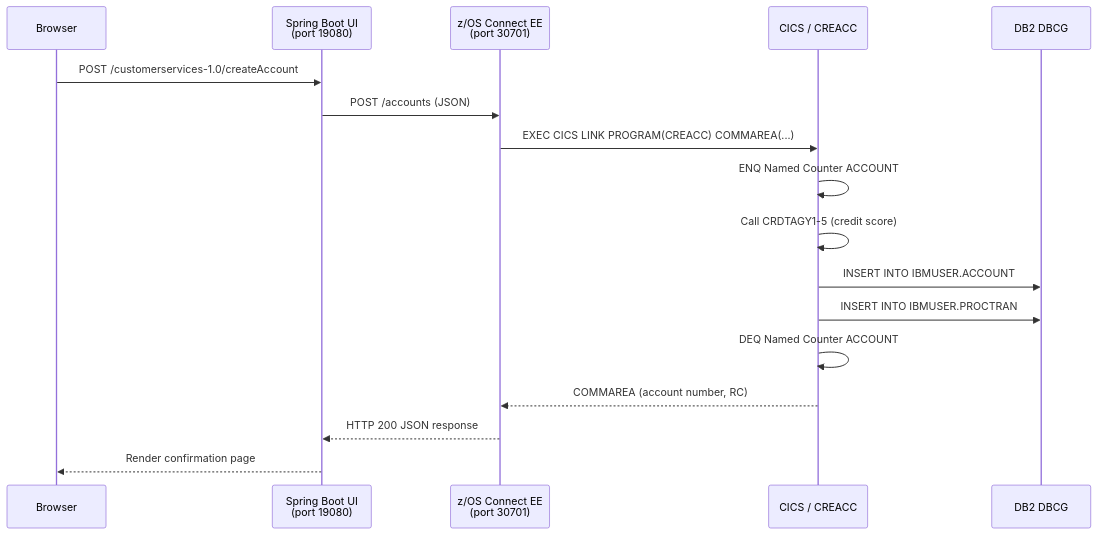
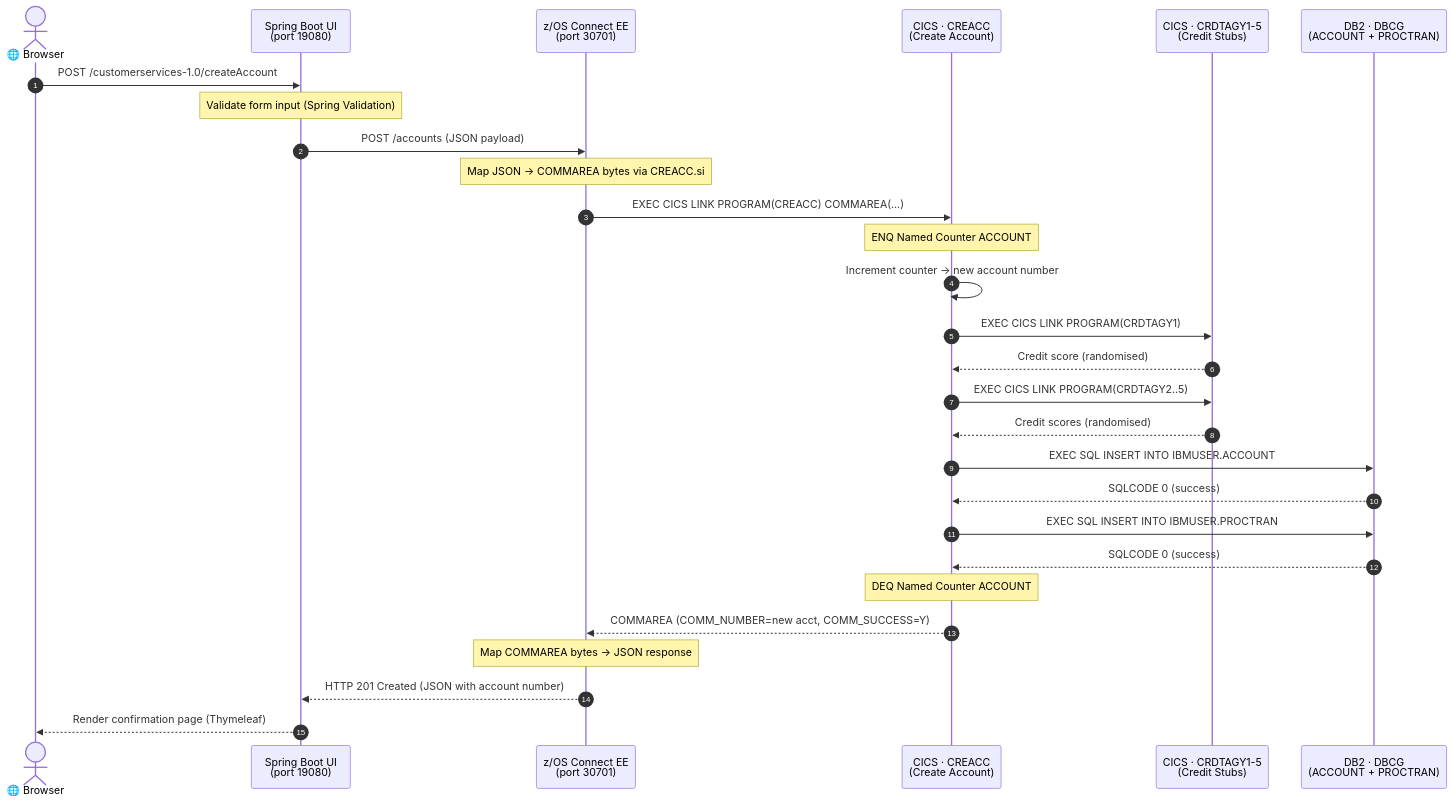
The first of 5 diagrams in docs/docs/architecture/data-flow.md (nestorsalcedo01/CICS-Bank-Sample-Application), drawn with Mermaid before and after one commit. The commit also changed other lines of this file and 13 other files, not shown here.

````diff
--- a/docs/docs/architecture/data-flow.md
+++ b/docs/docs/architecture/data-flow.md
@@ -10,20 +12,39 @@
 ```mermaid
 sequenceDiagram
-    participant Browser
-    participant SpringBoot as Spring Boot UI<br/>(port 19080)
-    participant ZOSConnect as z/OS Connect EE<br/>(port 30701)
-    participant CICS as CICS / CREACC
-    participant DB2 as DB2 DBCG
+    autonumber
+    actor User as 🌐 Browser
+    participant UI as Spring Boot UI<br/>(port 19080)
+    participant ZC as z/OS Connect EE<br/>(port 30701)
+    participant CREACC as CICS · CREACC<br/>(Create Account)
+    participant CRDT as CICS · CRDTAGY1-5<br/>(Credit Stubs)
+    participant DB2 as DB2 · DBCG<br/>(ACCOUNT + PROCTRAN)
 
-    Browser->>SpringBoot: POST /customerservices-1.0/createAccount
-    SpringBoot->>ZOSConnect: POST /accounts (JSON)
-    ZOSConnect->>CICS: EXEC CICS LINK PROGRAM(CREACC) COMMAREA(...)
-    CICS->>CICS: ENQ Named Counter ACCOUNT
-    CICS->>CICS: Call CRDTAGY1-5 (credit score)
-    CICS->>DB2: INSERT INTO IBMUSER.ACCOUNT
-    CICS->>DB2: INSERT INTO IBMUSER.PROCTRAN
-    CICS->>CICS: DEQ Named Counter ACCOUNT
-    CICS-->>ZOSConnect: COMMAREA (account number, RC)
-    ZOSConnect-->>SpringBoot: HTTP 200 JSON response
-    SpringBoot-->>Browser: Render confirmation page
+    User->>UI: POST /customerservices-1.0/createAccount
+    Note over UI: Validate form input (Spring Validation)
+    UI->>ZC: POST /accounts (JSON payload)
+    Note over ZC: Map JSON → COMMAREA bytes via CREACC.si
+
+    ZC->>CREACC: EXEC CICS LINK PROGRAM(CREACC) COMMAREA(...)
+
+    Note over CREACC: ENQ Named Counter ACCOUNT
+    CREACC->>CREACC: Increment counter → new account number
+
+    CREACC->>CRDT: EXEC CICS LINK PROGRAM(CRDTAGY1)
+    CRDT-->>CREACC: Credit score (randomised)
+    CREACC->>CRDT: EXEC CICS LINK PROGRAM(CRDTAGY2..5)
+    CRDT-->>CREACC: Credit scores (randomised)
+
+    CREACC->>DB2: EXEC SQL INSERT INTO IBMUSER.ACCOUNT
+    DB2-->>CREACC: SQLCODE 0 (success)
+
+    CREACC->>DB2: EXEC SQL INSERT INTO IBMUSER.PROCTRAN
+    DB2-->>CREACC: SQLCODE 0 (success)
+
+    Note over CREACC: DEQ Named Counter ACCOUNT
+
+    CREACC-->>ZC: COMMAREA (COMM_NUMBER=new acct, COMM_SUCCESS=Y)
+    Note over ZC: Map COMMAREA bytes → JSON response
+
+    ZC-->>UI: HTTP 201 Created (JSON with account number)
+    UI-->>User: Render confirmation page (Thymeleaf)
 ```
````
